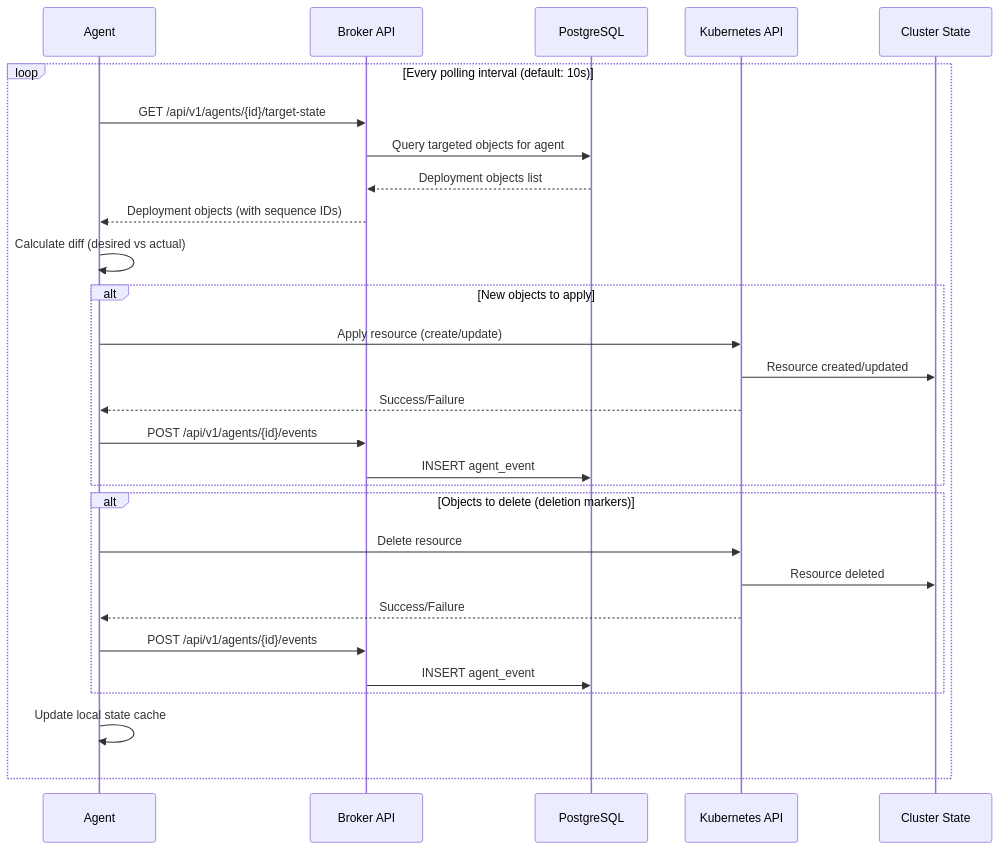
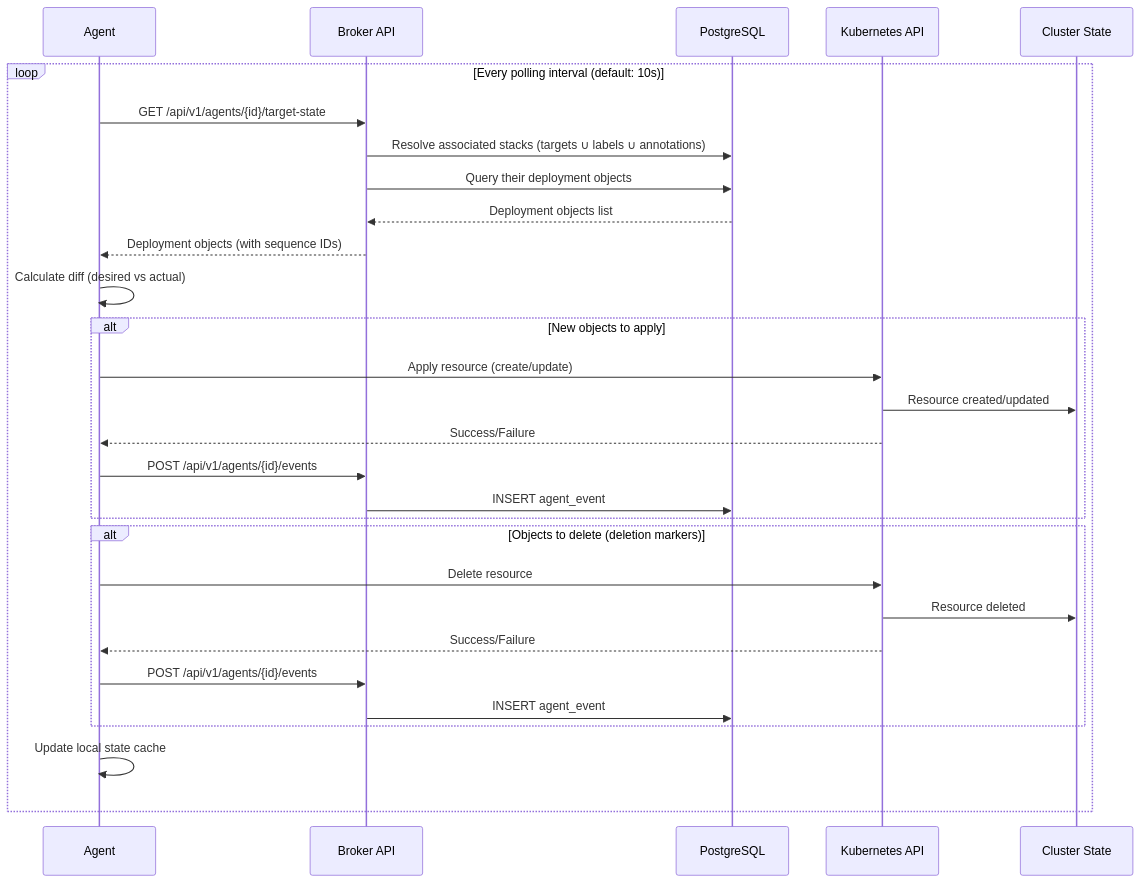
The second of 11 diagrams in docs/src/explanation/data-flows.md (colliery-io/brokkr), drawn with Mermaid before and after one commit. The commit also changed other lines of this file and 178 other files, not shown here.

````diff
--- a/docs/src/explanation/data-flows.md
+++ b/docs/src/explanation/data-flows.md
@@ -48,35 +48,36 @@
 ```mermaid
 sequenceDiagram
     participant Agent as Agent
     participant Broker as Broker API
     participant DB as PostgreSQL
     participant K8s as Kubernetes API
     participant Cluster as Cluster State
 
     loop Every polling interval (default: 10s)
         Agent->>Broker: GET /api/v1/agents/{id}/target-state
-        Broker->>DB: Query targeted objects for agent
+        Broker->>DB: Resolve associated stacks (targets ∪ labels ∪ annotations)
+        Broker->>DB: Query their deployment objects
         DB-->>Broker: Deployment objects list
         Broker-->>Agent: Deployment objects (with sequence IDs)
 
         Agent->>Agent: Calculate diff (desired vs actual)
 
         alt New objects to apply
             Agent->>K8s: Apply resource (create/update)
             K8s->>Cluster: Resource created/updated
             K8s-->>Agent: Success/Failure
             Agent->>Broker: POST /api/v1/agents/{id}/events
             Broker->>DB: INSERT agent_event
         end
 
         alt Objects to delete (deletion markers)
             Agent->>K8s: Delete resource
             K8s->>Cluster: Resource deleted
             K8s-->>Agent: Success/Failure
             Agent->>Broker: POST /api/v1/agents/{id}/events
             Broker->>DB: INSERT agent_event
         end
 
         Agent->>Agent: Update local state cache
     end
 ```
````
